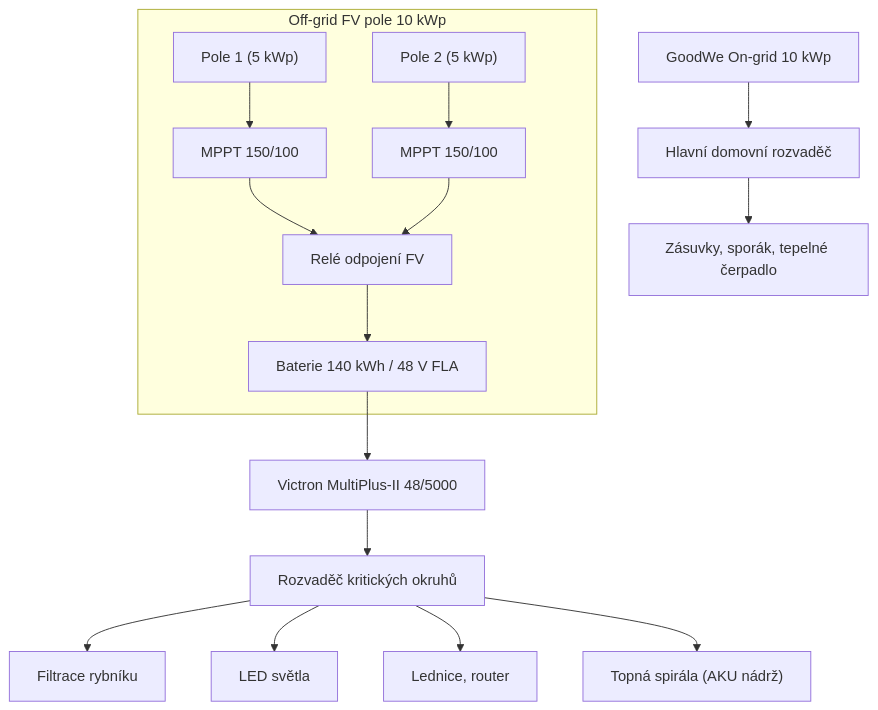
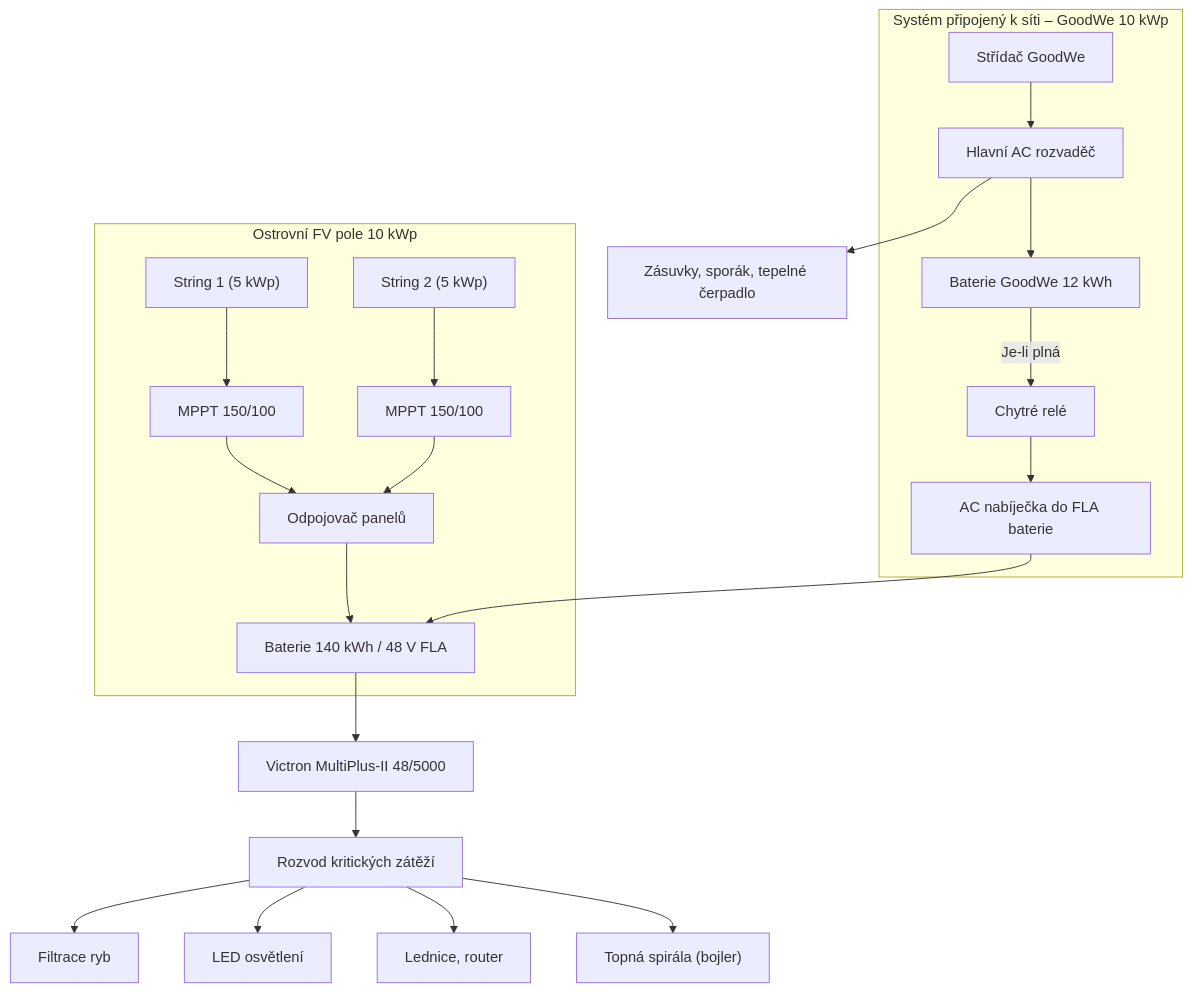
Before and after one commit to lballaty/SolarDesingControl: the first of 2 diagrams in DesignCzech.md, drawn with Mermaid. The commit also changed other lines of this file, not shown here.

````diff
--- a/DesignCzech.md
+++ b/DesignCzech.md
@@ -59,18 +64,24 @@
 ```mermaid
 flowchart TD
-    subgraph Panely A [Off-grid FV pole 10 kWp]
-        PA1["Pole 1 (5 kWp)"] --> MPPT_A1["MPPT 150/100"]
-        PA2["Pole 2 (5 kWp)"] --> MPPT_A2["MPPT 150/100"]
-        DIS_A["Relé odpojení FV"]
+    subgraph Panels_A [Ostrovní FV pole 10 kWp]
+        PA1["String 1 (5 kWp)"] --> MPPT_A1["MPPT 150/100"]
+        PA2["String 2 (5 kWp)"] --> MPPT_A2["MPPT 150/100"]
+        DIS_A["Odpojovač panelů"]
         MPPT_A1 --> DIS_A --> BATA["Baterie 140 kWh / 48 V FLA"]
         MPPT_A2 --> DIS_A
     end
+
+    subgraph Grid_A [Systém připojený k síti – GoodWe 10 kWp]
+        GW_INV_A["Střídač GoodWe"] --> AC_MAINA["Hlavní AC rozvaděč"]
+        AC_MAINA --> GW_BATT_A["Baterie GoodWe 12 kWh"]
+        GW_BATT_A -->|Je-li plná| RELAYA["Chytré relé"] --> AC_CHG_A["AC nabíječka do FLA baterie"] --> BATA
+    end
+
     BATA --> MPA["Victron MultiPlus-II 48/5000"]
-    MPA --> AC_A_OUT["Rozvaděč kritických okruhů"]
-    AC_A_OUT --> L1A["Filtrace rybníku"]
-    AC_A_OUT --> L2A["LED světla"]
-    AC_A_OUT --> L3A["Lednice, router"]
-    AC_A_OUT --> HEATA["Topná spirála (AKU nádrž)"]
-    GRID_A["GoodWe On-grid 10 kWp"] --> AC_MAINA["Hlavní domovní rozvaděč"]
+    MPA --> AC_OUT_A["Rozvod kritických zátěží"]
+    AC_OUT_A --> L1A["Filtrace ryb"]
+    AC_OUT_A --> L2A["LED osvětlení"]
+    AC_OUT_A --> L3A["Lednice, router"]
+    AC_OUT_A --> HEATA["Topná spirála (bojler)"]
     AC_MAINA --> L4A["Zásuvky, sporák, tepelné čerpadlo"]
 ```
````
